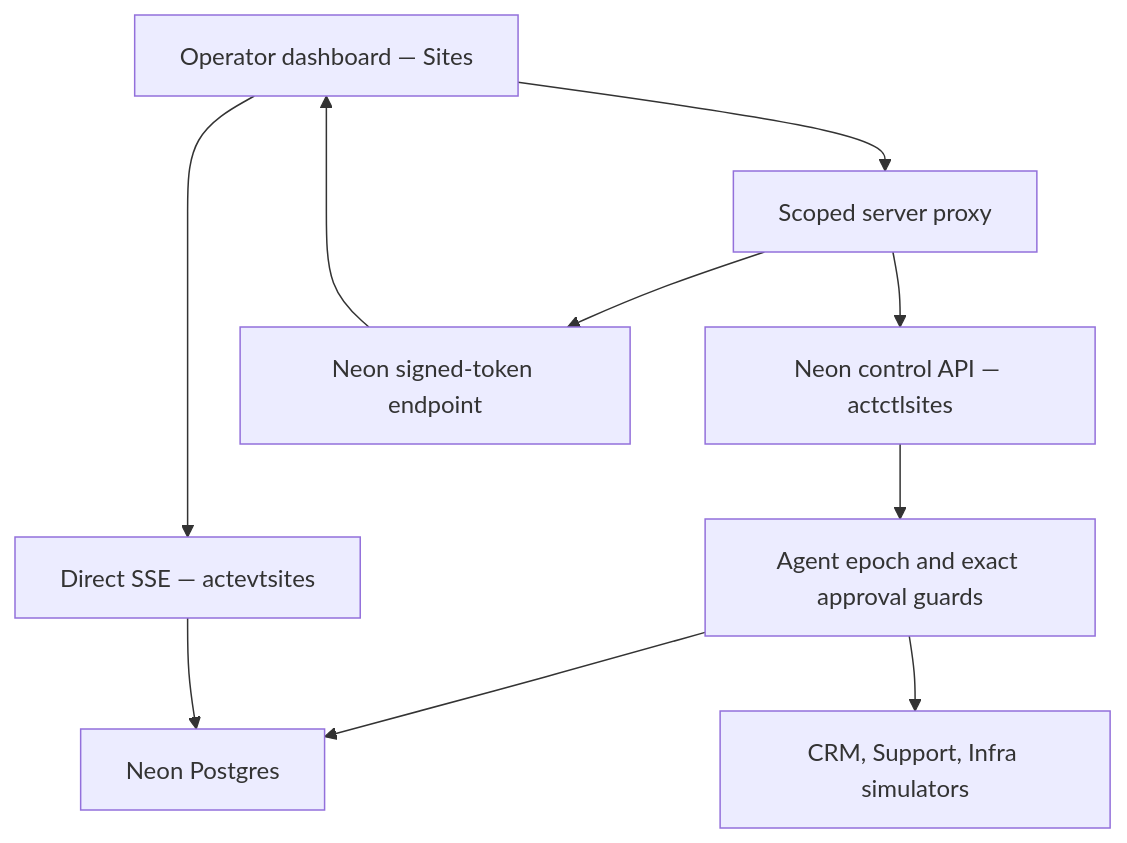
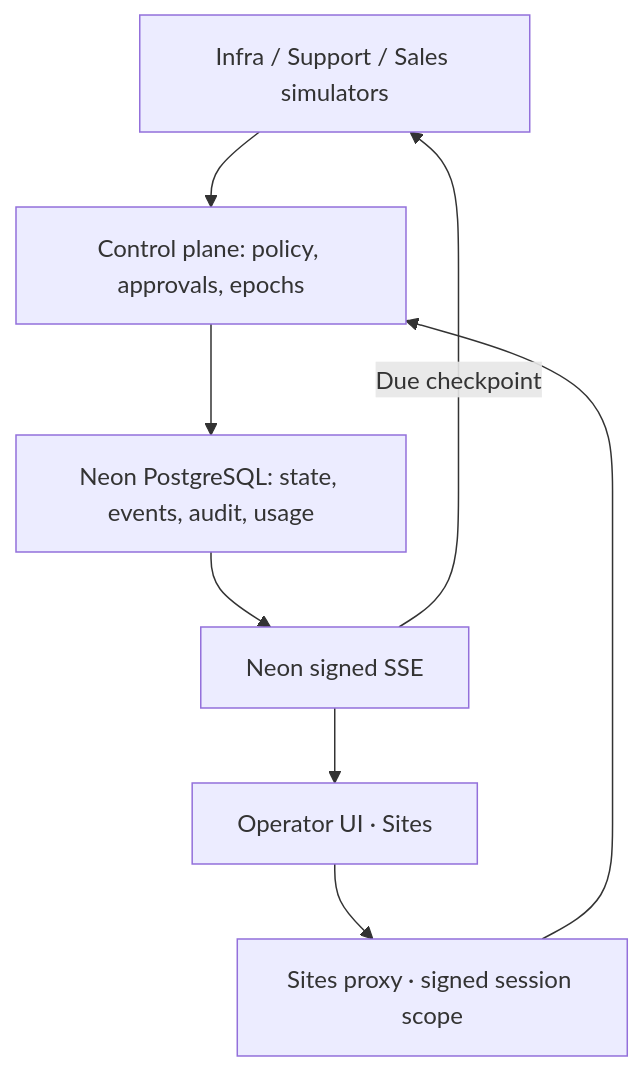
Before and after one commit to AnasAli09822/agent-control-tower: the diagram in docs/ARCHITECTURE.md, drawn with Mermaid. The commit also changed other lines of this file and 29 other files, not shown here.

Commit message:
Complete Sites operator journey, task usage, local startup and submission documentation

````diff
--- a/docs/ARCHITECTURE.md
+++ b/docs/ARCHITECTURE.md
@@ -3,12 +3,10 @@
 ```mermaid
 flowchart TD
- UI["Operator dashboard — Sites"] --> Proxy["Scoped server proxy"]
- Proxy --> Control["Neon control API — actctlsites"]
- Proxy --> Token["Neon signed-token endpoint"]
- Token --> UI
- UI --> SSE["Direct SSE — actevtsites"]
- Control --> Guard["Agent epoch and exact approval guards"]
- Guard --> DB["Neon Postgres"]
- SSE --> DB
- Guard --> Systems["CRM, Support, Infra simulators"]
+ Agents["Infra / Support / Sales simulators"] --> Control["Control plane: policy, approvals, epochs"]
+ Control --> DB["Neon PostgreSQL: state, events, audit, usage"]
+ DB --> Stream["Neon signed SSE"]
+ Stream --> UI["Operator UI · Sites"]
+ UI --> Proxy["Sites proxy · signed session scope"]
+ Proxy --> Control
+ Stream -->|"Due checkpoint"| Agents
 ```
````
